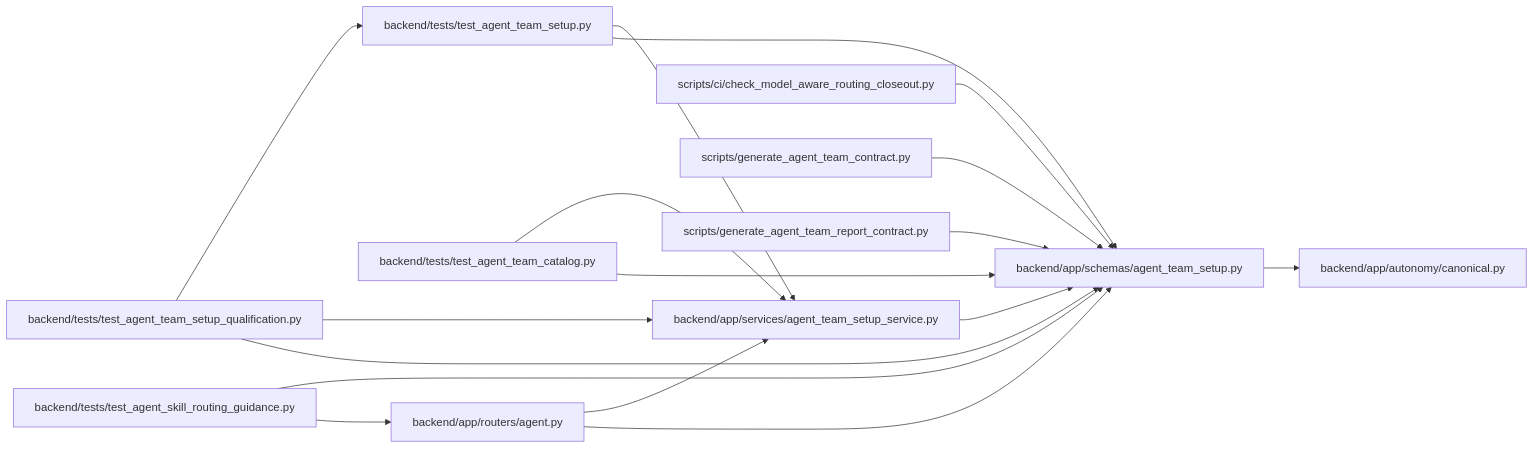
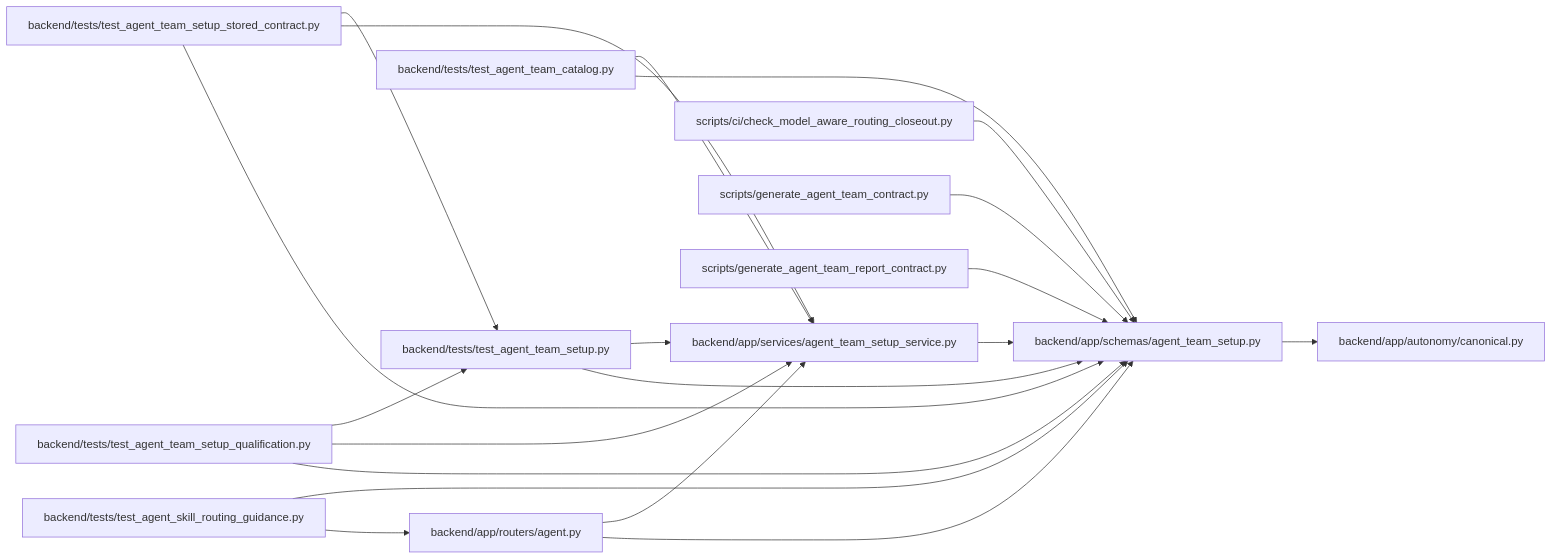
The diagram in docs/llm_wiki/modules/agent_team_setup.md (Denissvgn/WorkChord), drawn with Mermaid before and after one commit. The commit also changed other lines of this file and 829 other files, not shown here.

Commit message:
docs(wiki): refresh for team contracts stored under earlier role rules

````diff
--- a/docs/llm_wiki/modules/agent_team_setup.md
+++ b/docs/llm_wiki/modules/agent_team_setup.md
@@ -27,41 +29,46 @@
 ```mermaid
 flowchart LR
     n0["backend/app/autonomy/canonical.py"]
     n1["backend/app/routers/agent.py"]
     n2["backend/app/schemas/agent_team_setup.py"]
     n3["backend/app/services/agent_team_setup_service.py"]
     n4["backend/tests/test_agent_skill_routing_guidance.py"]
     n5["backend/tests/test_agent_team_catalog.py"]
     n6["backend/tests/test_agent_team_setup.py"]
     n7["backend/tests/test_agent_team_setup_qualification.py"]
-    n8["scripts/ci/check_model_aware_routing_closeout.py"]
-    n9["scripts/generate_agent_team_contract.py"]
-    n10["scripts/generate_agent_team_report_contract.py"]
+    n8["backend/tests/test_agent_team_setup_stored_contract.py"]
+    n9["scripts/ci/check_model_aware_routing_closeout.py"]
+    n10["scripts/generate_agent_team_contract.py"]
+    n11["scripts/generate_agent_team_report_contract.py"]
     n1 --> n2
     n1 --> n3
     n2 --> n0
     n3 --> n2
     n4 --> n1
     n4 --> n2
     n5 --> n2
     n5 --> n3
     n6 --> n2
     n6 --> n3
     n7 --> n2
     n7 --> n3
     n7 --> n6
     n8 --> n2
+    n8 --> n3
+    n8 --> n6
     n9 --> n2
     n10 --> n2
+    n11 --> n2
     click n0 "../modules/autonomy_canonical.md"
     click n1 "../modules/routers_agent.md"
     click n2 "../modules/agent_team_setup.md"
     click n3 "../modules/agent_team_setup_service.md"
     click n4 "../modules/test_agent_skill_routing_guidance.md"
     click n5 "../modules/test_agent_team_catalog.md"
     click n6 "../modules/test_agent_team_setup.md"
     click n7 "../modules/test_agent_team_setup_qualification.md"
-    click n8 "../modules/check_model_aware_routing_closeout.md"
-    click n9 "../modules/generate_agent_team_contract.md"
-    click n10 "../modules/generate_agent_team_report_contract.md"
+    click n8 "../modules/test_agent_team_setup_stored_contract.md"
+    click n9 "../modules/check_model_aware_routing_closeout.md"
+    click n10 "../modules/generate_agent_team_contract.md"
+    click n11 "../modules/generate_agent_team_report_contract.md"
 ```
````
